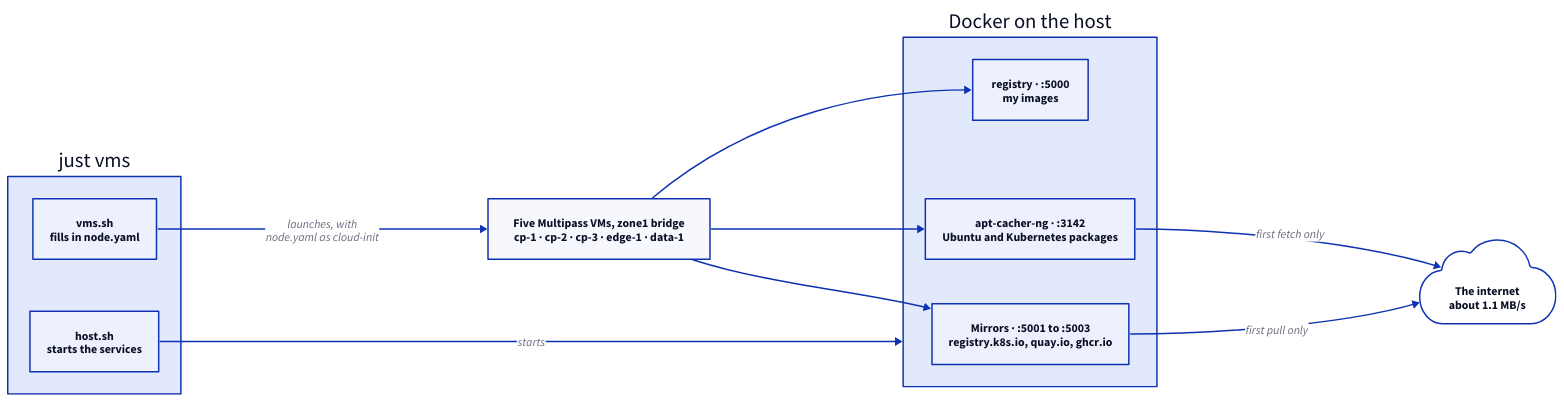
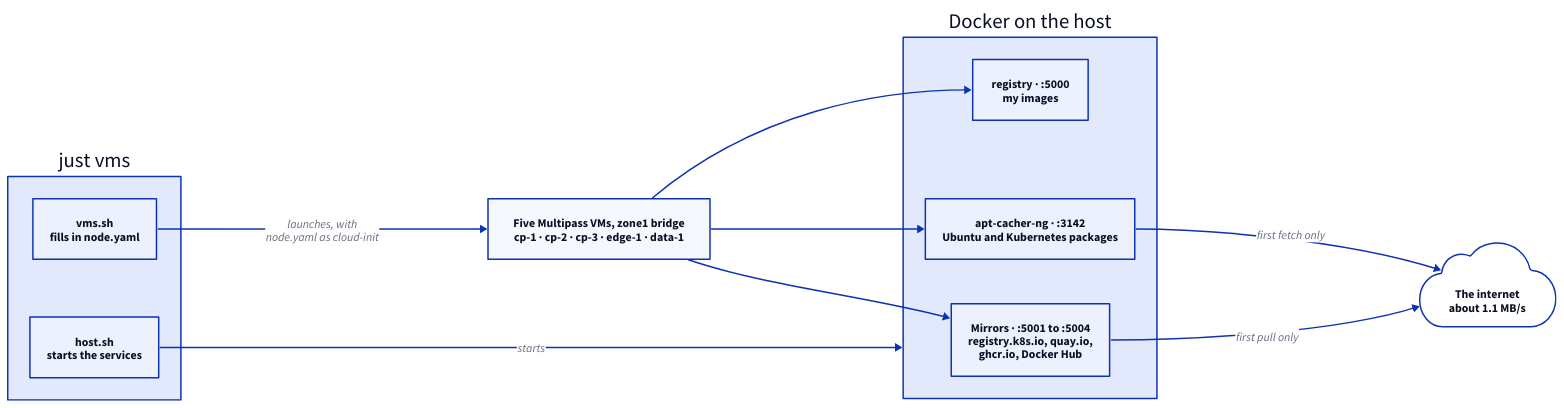
The diagram in docs/diagrams/host.d2 (guy-with-a-why/telemetry-blackbox), drawn with D2 before and after one commit. The commit also changed 7 other files, not shown here.

First line of the commit message:
feat(deploy): mirror Docker Hub on the host (#125)

```diff
--- a/docs/diagrams/host.d2
+++ b/docs/diagrams/host.d2
@@ -1,26 +1,26 @@
 # The home server: five Multipass VMs built by cloud-init, and the services
 # they use from the host so each byte crosses the internet once.
 direction: right
 
 build: "just vms" {
   host_sh: "host.sh\nstarts the services"
   vms_sh: "vms.sh\nfills in node.yaml"
 }
 
 vms: "Five Multipass VMs, zone1 bridge\ncp-1 · cp-2 · cp-3 · edge-1 · data-1"
 
 docker: "Docker on the host" {
   registry: "registry · :5000\nmy images"
-  mirror: "Mirrors · :5001 to :5003\nregistry.k8s.io, quay.io, ghcr.io"
+  mirror: "Mirrors · :5001 to :5004\nregistry.k8s.io, quay.io,\nghcr.io, Docker Hub"
   apt: "apt-cacher-ng · :3142\nUbuntu and Kubernetes packages"
 }
 
 internet: "The internet\nabout 1.1 MB/s" {shape: cloud}
 
 build.vms_sh -> vms: "launches, with\nnode.yaml as cloud-init"
 build.host_sh -> docker: starts
 vms -> docker.registry
 vms -> docker.mirror
 vms -> docker.apt
 docker.mirror -> internet: first pull only
 docker.apt -> internet: first fetch only
```
